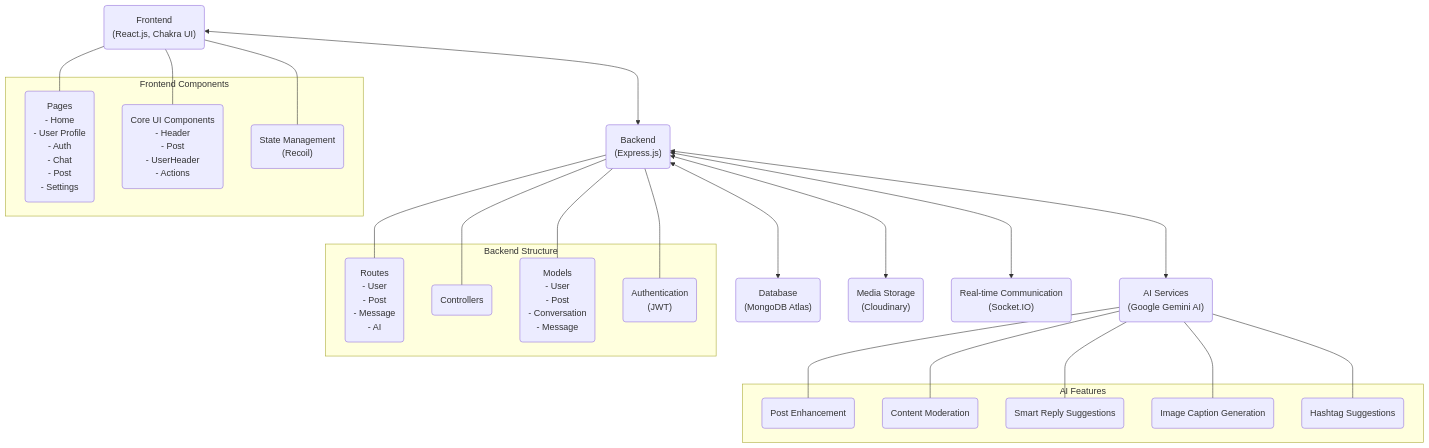
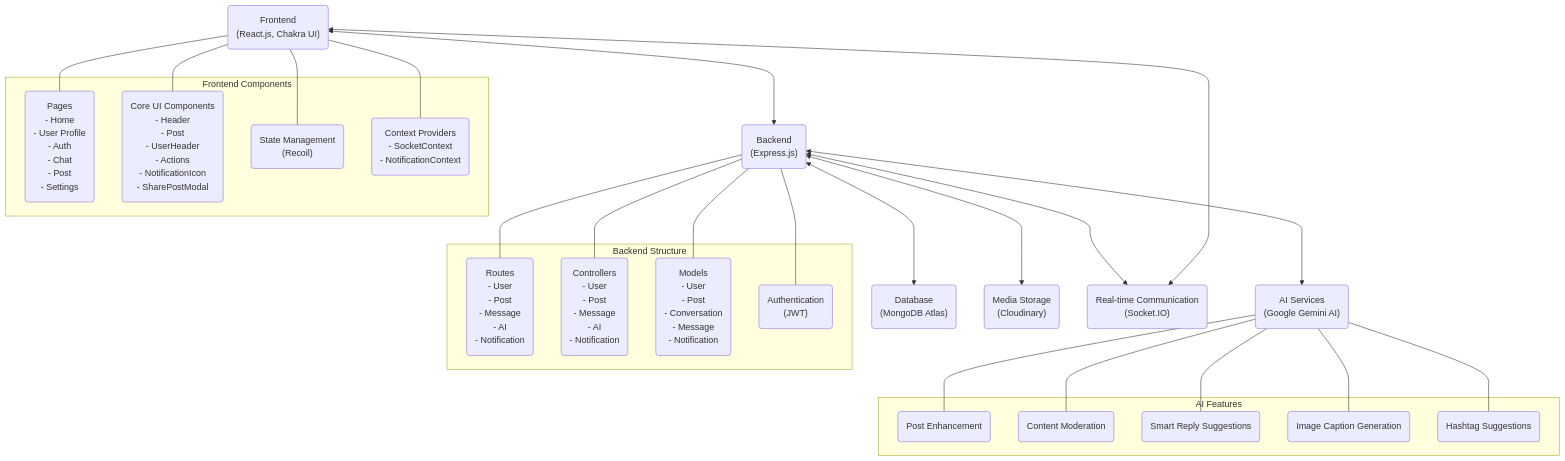
The first of 4 diagrams in threadio_architecture.md (ItsRudraksh/threadio), drawn with Mermaid before and after one commit. The commit also changed other lines of this file, not shown here.

````diff
--- a/threadio_architecture.md
+++ b/threadio_architecture.md
@@ -3,59 +3,62 @@
 ```mermaid
 flowchart TD
     %% Main components with clear labels
     Frontend("Frontend\n(React.js, Chakra UI)")
     Backend("Backend\n(Express.js)")
     Database("Database\n(MongoDB Atlas)")
     AI("AI Services\n(Google Gemini AI)")
-    
+
     %% External services
     Cloudinary("Media Storage\n(Cloudinary)")
     SocketIO("Real-time Communication\n(Socket.IO)")
-    
+
     %% Main connections
     Frontend <--> Backend
     Backend <--> Database
     Backend <--> AI
     Backend <--> Cloudinary
     Backend <--> SocketIO
-    
+    Frontend <--> SocketIO
+
     %% Frontend major sections
     subgraph "Frontend Components"
         Pages("Pages\n- Home\n- User Profile\n- Auth\n- Chat\n- Post\n- Settings")
-        CoreUI("Core UI Components\n- Header\n- Post\n- UserHeader\n- Actions")
+        CoreUI("Core UI Components\n- Header\n- Post\n- UserHeader\n- Actions\n- NotificationIcon\n- SharePostModal")
         State("State Management\n(Recoil)")
+        Contexts("Context Providers\n- SocketContext\n- NotificationContext")
     end
-    
+
     %% Backend major sections
     subgraph "Backend Structure"
-        Routes("Routes\n- User\n- Post\n- Message\n- AI")
-        Controllers("Controllers")
-        Models("Models\n- User\n- Post\n- Conversation\n- Message")
+        Routes("Routes\n- User\n- Post\n- Message\n- AI\n- Notification")
+        Controllers("Controllers\n- User\n- Post\n- Message\n- AI\n- Notification")
+        Models("Models\n- User\n- Post\n- Conversation\n- Message\n- Notification")
         Auth("Authentication\n(JWT)")
     end
-    
+
     %% AI features section
     subgraph "AI Features"
         PostEnhance("Post Enhancement")
         ContentMod("Content Moderation")
         ChatSuggestions("Smart Reply Suggestions")
         ImageCaption("Image Caption Generation")
         Hashtags("Hashtag Suggestions")
     end
-    
+
     %% Connect sections to main components
     Frontend --- Pages
     Frontend --- CoreUI
     Frontend --- State
-    
+    Frontend --- Contexts
+
     Backend --- Routes
     Backend --- Controllers
     Backend --- Models
     Backend --- Auth
-    
+
     AI --- PostEnhance
     AI --- ContentMod
     AI --- ChatSuggestions
     AI --- ImageCaption
     AI --- Hashtags
 ```
````
